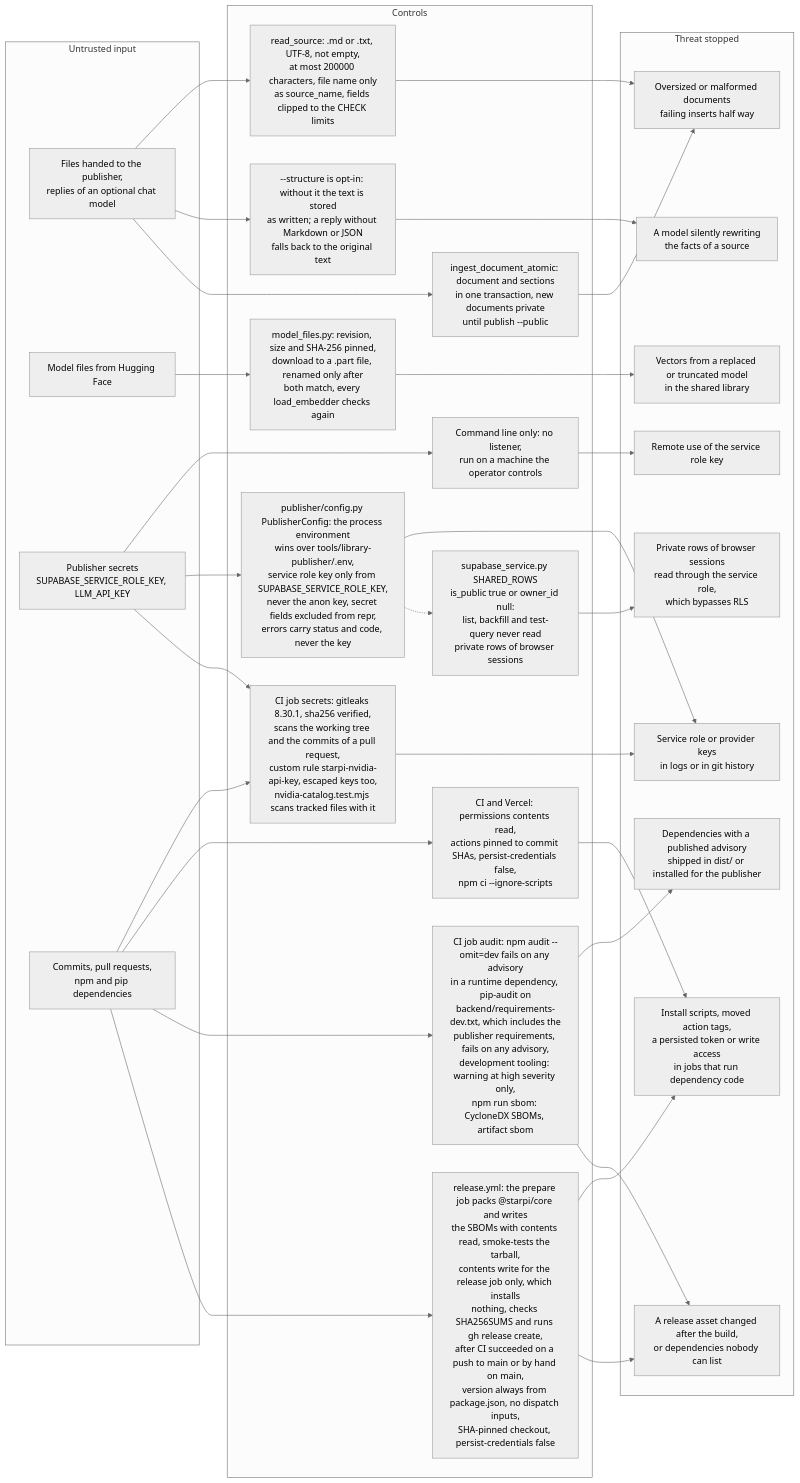
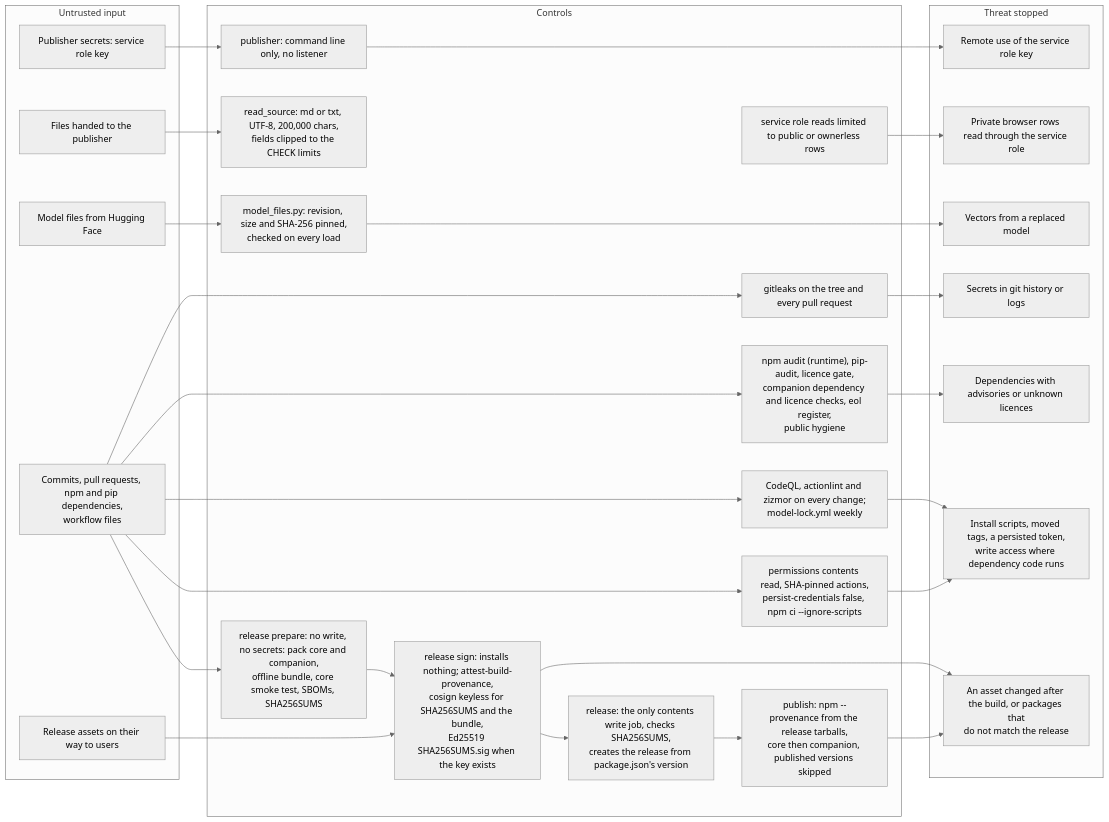
One commit to umutcantezgel-cpu/Starpi changed the third of 3 diagrams in SECURITY.md. Above: the diagram before and after it, drawn with Mermaid (neutral theme). The commit also changed other lines of this file and 1 other file, not shown here.

````diff
--- a/SECURITY.md
+++ b/SECURITY.md
@@ -545,61 +494,45 @@
 ```mermaid
 flowchart LR
     subgraph sg_in["Untrusted input"]
-        iFiles["Files handed to the publisher,<br/>replies of an optional chat model"]
+        iFiles["Files handed to the publisher"]
         iModel["Model files from Hugging Face"]
-        iSecret["Publisher secrets<br/>SUPABASE_SERVICE_ROLE_KEY, LLM_API_KEY"]
-        iRepo["Commits, pull requests,<br/>npm and pip dependencies"]
+        iSecret["Publisher secrets: service role key"]
+        iRepo["Commits, pull requests, npm and pip dependencies,<br/>workflow files"]
+        iAssets["Release assets on their way to users"]
     end
-
     subgraph sg_ctl["Controls"]
-        cCli["Command line only: no listener,<br/>run on a machine the operator controls"]
-        cSource["read_source: .md or .txt, UTF-8, not empty,<br/>at most 200000 characters, file name only<br/>as source_name, fields clipped to the CHECK limits"]
-        cStruct["--structure is opt-in: without it the text is stored<br/>as written; a reply without Markdown or JSON<br/>falls back to the original text"]
-        cPins["model_files.py: revision, size and SHA-256 pinned,<br/>download to a .part file, renamed only after<br/>both match, every load_embedder checks again"]
-        cShared["supabase_service.py SHARED_ROWS<br/>is_public true or owner_id null:<br/>list, backfill and test-query never read<br/>private rows of browser sessions"]
-        cAtomic["ingest_document_atomic: document and sections<br/>in one transaction, new documents private<br/>until publish --public"]
-        cCfg["publisher/config.py PublisherConfig: the process environment<br/>wins over tools/library-publisher/.env,<br/>service role key only from SUPABASE_SERVICE_ROLE_KEY,<br/>never the anon key, secret fields excluded from repr,<br/>errors carry status and code, never the key"]
-        cLeaks["CI job secrets: gitleaks 8.30.1, sha256 verified,<br/>scans the working tree and the commits of a pull request,<br/>custom rule starpi-nvidia-api-key, escaped keys too,<br/>nvidia-catalog.test.mjs scans tracked files with it"]
-        cAudit["CI job audit: npm audit --omit=dev fails on any advisory<br/>in a runtime dependency, pip-audit on<br/>backend/requirements-dev.txt, which includes the<br/>publisher requirements, fails on any advisory,<br/>development tooling: warning at high severity only,<br/>npm run sbom: CycloneDX SBOMs, artifact sbom"]
-        cSupply["CI and Vercel: permissions contents read,<br/>actions pinned to commit SHAs, persist-credentials false,<br/>npm ci --ignore-scripts"]
-        cRelease["release.yml: the prepare job packs @starpi/core and writes<br/>the SBOMs with contents read, smoke-tests the tarball,<br/>contents write for the release job only, which installs<br/>nothing, checks SHA256SUMS and runs gh release create,<br/>after CI succeeded on a push to main or by hand on main,<br/>version always from package.json, no dispatch inputs,<br/>SHA-pinned checkout, persist-credentials false"]
+        cCli["publisher: command line only, no listener"]
+        cSource["read_source: md or txt, UTF-8, 200,000 chars,<br/>fields clipped to the CHECK limits"]
+        cShared["service role reads limited to public or ownerless rows"]
+        cPins["model_files.py: revision, size and SHA-256 pinned,<br/>checked on every load"]
+        cLeaks["gitleaks on the tree and every pull request"]
+        cAudit["npm audit (runtime), pip-audit, licence gate,<br/>companion dependency and licence checks, eol register,<br/>public hygiene"]
+        cLint["CodeQL, actionlint and zizmor on every change;<br/>model-lock.yml weekly"]
+        cSupply["permissions contents read, SHA-pinned actions,<br/>persist-credentials false, npm ci --ignore-scripts"]
+        cPrep["release prepare: no write, no secrets: pack core and companion,<br/>offline bundle, core smoke test, SBOMs, SHA256SUMS"]
+        cSign["release sign: installs nothing; attest-build-provenance,<br/>cosign keyless for SHA256SUMS and the bundle,<br/>Ed25519 SHA256SUMS.sig when the key exists"]
+        cRel["release: the only contents write job, checks SHA256SUMS,<br/>creates the release from package.json's version"]
+        cPub["publish: npm --provenance from the release tarballs,<br/>core then companion, published versions skipped"]
     end
-
     subgraph sg_thr["Threat stopped"]
         tRemote["Remote use of the service role key"]
-        tAbuse["Oversized or malformed documents<br/>failing inserts half way"]
-        tRewrite["A model silently rewriting<br/>the facts of a source"]
-        tModel["Vectors from a replaced or truncated model<br/>in the shared library"]
-        tPrivate["Private rows of browser sessions<br/>read through the service role,<br/>which bypasses RLS"]
-        tKeys["Service role or provider keys<br/>in logs or in git history"]
-        tSupply["Install scripts, moved action tags,<br/>a persisted token or write access<br/>in jobs that run dependency code"]
-        tVuln["Dependencies with a published advisory<br/>shipped in dist/ or installed for the publisher"]
-        tAsset["A release asset changed after the build,<br/>or dependencies nobody can list"]
+        tPrivate["Private browser rows read through the service role"]
+        tModel["Vectors from a replaced model"]
+        tKeys["Secrets in git history or logs"]
+        tVuln["Dependencies with advisories or unknown licences"]
+        tSupply["Install scripts, moved tags, a persisted token,<br/>write access where dependency code runs"]
+        tAsset["An asset changed after the build, or packages that<br/>do not match the release"]
     end
-
-    iSecret --> cCli
-    cCli --> tRemote
+    iSecret --> cCli --> tRemote
     iFiles --> cSource
-    iFiles --> cStruct
-    cSource --> tAbuse
-    cAtomic --> tAbuse
-    cStruct --> tRewrite
-    iModel --> cPins
-    cPins --> tModel
-    iFiles --> cAtomic
     cShared --> tPrivate
-    iSecret --> cCfg
-    iSecret --> cLeaks
-    iRepo --> cLeaks
-    iRepo --> cSupply
-    iRepo --> cAudit
-    cAudit --> tVuln
-    cCfg --> tKeys
-    cLeaks --> tKeys
-    cSupply --> tSupply
-    iRepo --> cRelease
-    cRelease --> tSupply
-    cRelease --> tAsset
-    cAudit --> tAsset
-    cCfg -.-> cShared
+    iModel --> cPins --> tModel
+    iRepo --> cLeaks --> tKeys
+    iRepo --> cAudit --> tVuln
+    iRepo --> cLint --> tSupply
+    iRepo --> cSupply --> tSupply
+    iRepo --> cPrep --> cSign --> cRel --> cPub
+    iAssets --> cSign
+    cSign --> tAsset
+    cPub --> tAsset
 ```
````
